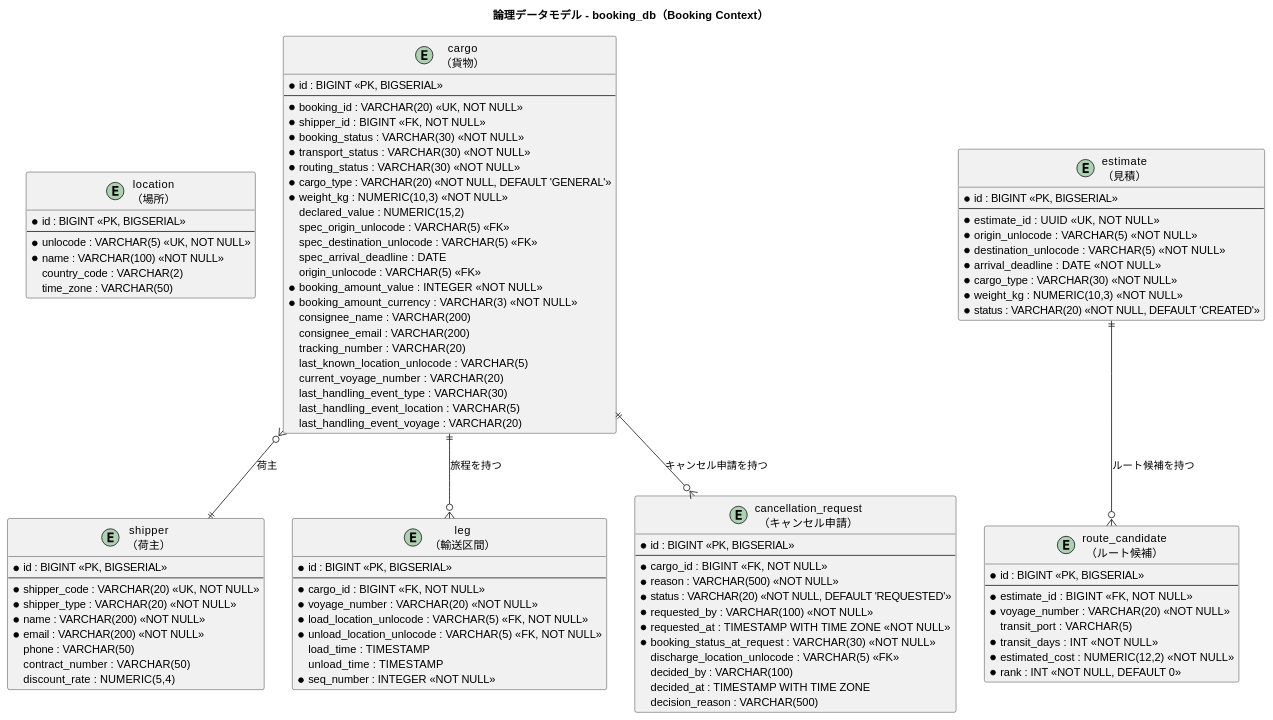
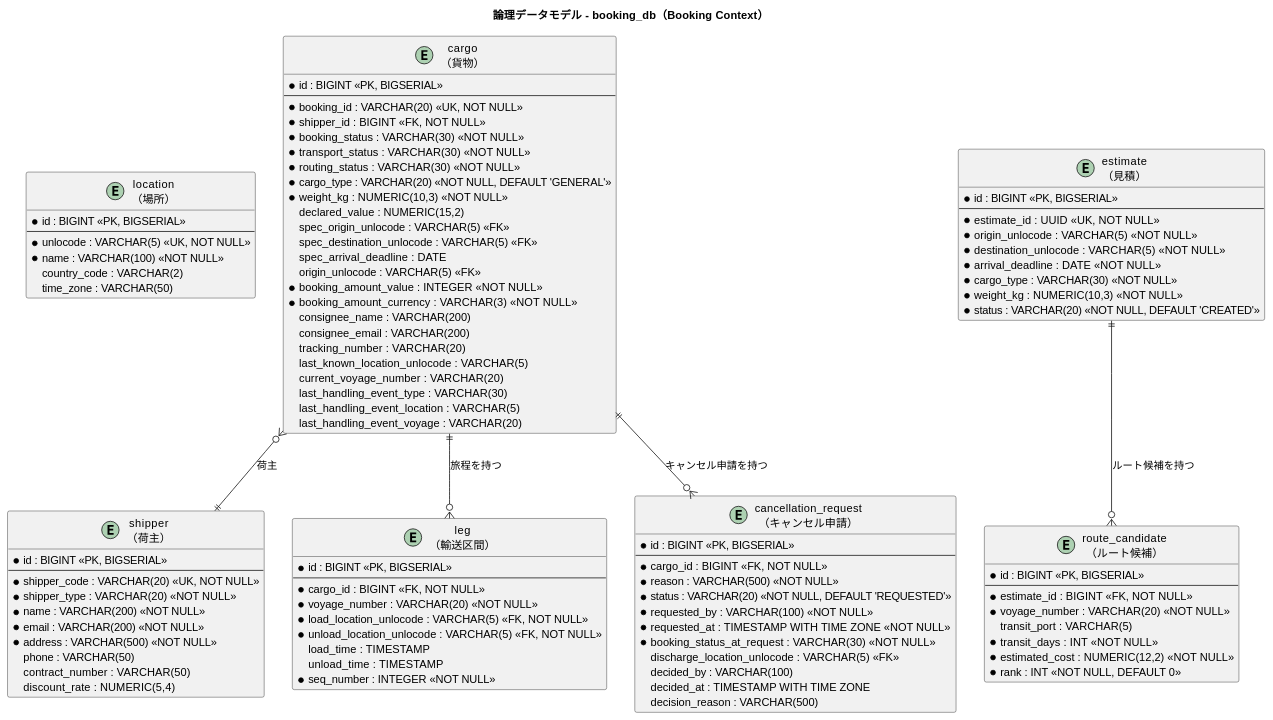
The third of 7 diagrams in docs/design/data-model.md (k2works/case-study-cargo-tracker), drawn with PlantUML before and after one commit. The commit also changed 8 other files, not shown here.

First line of the commit message:
docs(development): IT1 開始準備 — 設計4図・整合性検証の反映

```diff
--- a/docs/design/data-model.md
+++ b/docs/design/data-model.md
@@ -383,6 +383,7 @@
   * shipper_type : VARCHAR(20) <<NOT NULL>>
   * name : VARCHAR(200) <<NOT NULL>>
   * email : VARCHAR(200) <<NOT NULL>>
+  * address : VARCHAR(500) <<NOT NULL>>
   phone : VARCHAR(50)
   contract_number : VARCHAR(50)
   discount_rate : NUMERIC(5,4)
```
